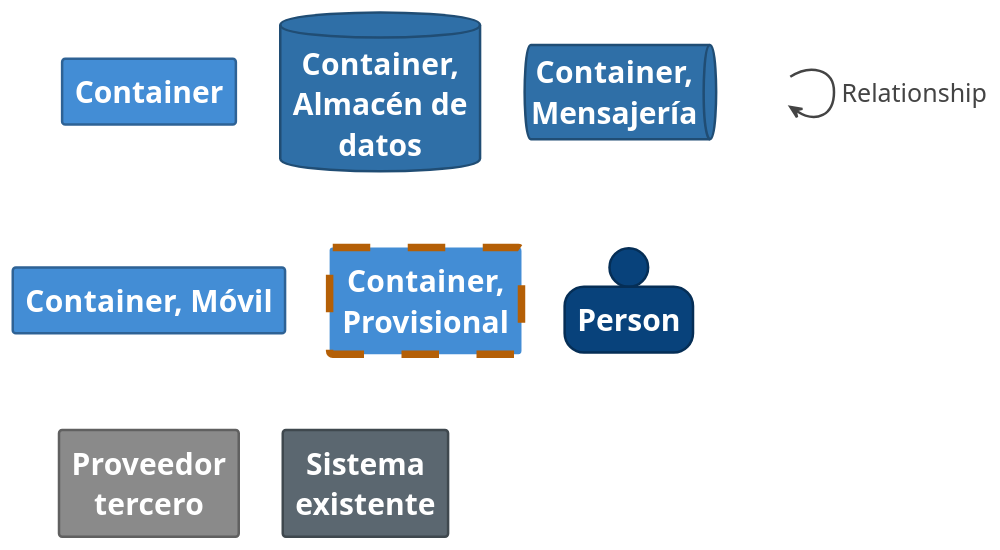
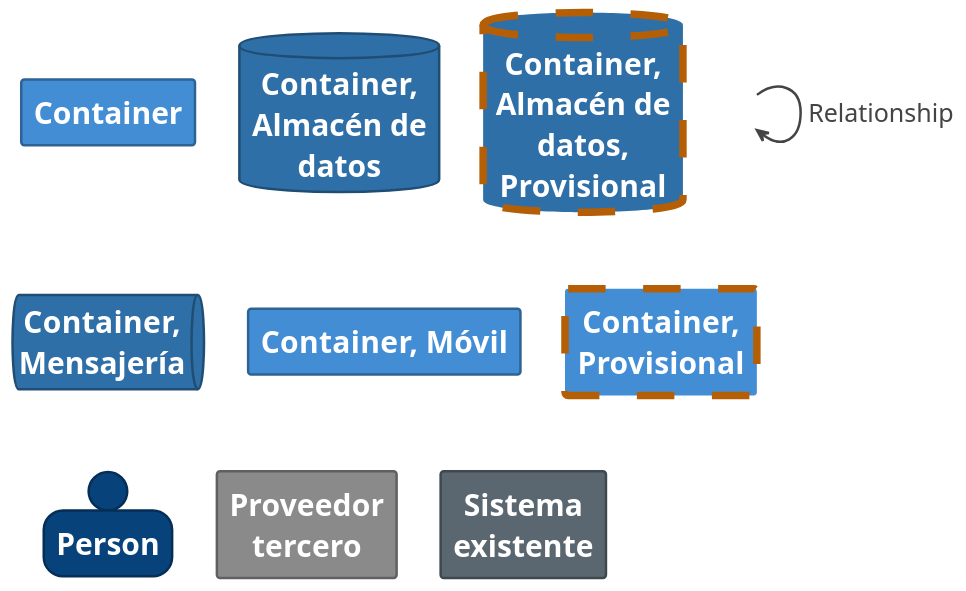
One commit to Juankia/EvaluacionJuanAmay changed the diagram in diagrams/c4/structurizr-Contenedores-Vinculacion-key.puml. Above: the diagram before and after it, drawn with PlantUML. The commit also changed 40 other files, not shown here.

```diff
--- a/diagrams/c4/structurizr-Contenedores-Vinculacion-key.puml
+++ b/diagrams/c4/structurizr-Contenedores-Vinculacion-key.puml
@@ -1,154 +1,168 @@
 @startuml
 
 set separator none
 hide stereotype
 
 <style>
   root {
     BackgroundColor: #ffffff;
     FontColor: #444444;
   }
   // Element,Container
   .Element-RWxlbWVudCxDb250YWluZXI= {
     BackgroundColor: #438dd5;
     LineColor: #2e6295;
     LineStyle: 0;
     LineThickness: 2;
     FontColor: #ffffff;
     FontSize: 22;
     HorizontalAlignment: center;
     Shadowing: 0;
     MaximumWidth: 200;
   }
   // Element,Container,Almacén de datos
   .Element-RWxlbWVudCxDb250YWluZXIsQWxtYWPDqW4gZGUgZGF0b3M= {
     BackgroundColor: #2f6fa7;
     LineColor: #204d74;
     LineStyle: 0;
     LineThickness: 2;
+    FontColor: #ffffff;
+    FontSize: 22;
+    HorizontalAlignment: center;
+    Shadowing: 0;
+    MaximumWidth: 200;
+  }
+  // Element,Container,Almacén de datos,Provisional
+  .Element-RWxlbWVudCxDb250YWluZXIsQWxtYWPDqW4gZGUgZGF0b3MsUHJvdmlzaW9uYWw= {
+    BackgroundColor: #2f6fa7;
+    LineColor: #b45f06;
+    LineStyle: 30-30;
+    LineThickness: 6;
     FontColor: #ffffff;
     FontSize: 22;
     HorizontalAlignment: center;
     Shadowing: 0;
     MaximumWidth: 200;
   }
   // Element,Container,Mensajería
   .Element-RWxlbWVudCxDb250YWluZXIsTWVuc2FqZXLDrWE= {
     BackgroundColor: #2f6fa7;
     LineColor: #204d74;
     LineStyle: 0;
     LineThickness: 2;
     FontColor: #ffffff;
     FontSize: 22;
     HorizontalAlignment: center;
     Shadowing: 0;
     MaximumWidth: 200;
   }
   // Element,Container,Móvil
   .Element-RWxlbWVudCxDb250YWluZXIsTcOzdmls {
     BackgroundColor: #438dd5;
     LineColor: #2e6295;
     LineStyle: 0;
     LineThickness: 2;
     FontColor: #ffffff;
     FontSize: 22;
     HorizontalAlignment: center;
     Shadowing: 0;
     MaximumWidth: 200;
   }
   // Element,Container,Provisional
   .Element-RWxlbWVudCxDb250YWluZXIsUHJvdmlzaW9uYWw= {
     BackgroundColor: #438dd5;
     LineColor: #b45f06;
     LineStyle: 30-30;
     LineThickness: 6;
     FontColor: #ffffff;
     FontSize: 22;
     HorizontalAlignment: center;
     Shadowing: 0;
     MaximumWidth: 200;
   }
   // Element,Person
   .Element-RWxlbWVudCxQZXJzb24= {
     BackgroundColor: #08427b;
     LineColor: #052e56;
     LineStyle: 0;
     LineThickness: 2;
     FontColor: #ffffff;
     FontSize: 22;
     HorizontalAlignment: center;
     Shadowing: 0;
     MaximumWidth: 200;
   }
   // Element,Proveedor tercero
   .Element-RWxlbWVudCxQcm92ZWVkb3IgdGVyY2Vybw== {
     BackgroundColor: #8a8a8a;
     LineColor: #606060;
     LineStyle: 0;
     LineThickness: 2;
     FontColor: #ffffff;
     FontSize: 22;
     HorizontalAlignment: center;
     Shadowing: 0;
     MaximumWidth: 200;
   }
   // Element,Sistema existente
   .Element-RWxlbWVudCxTaXN0ZW1hIGV4aXN0ZW50ZQ== {
     BackgroundColor: #5b6770;
     LineColor: #3f484e;
     LineStyle: 0;
     LineThickness: 2;
     FontColor: #ffffff;
     FontSize: 22;
     HorizontalAlignment: center;
     Shadowing: 0;
     MaximumWidth: 200;
   }
   // Relationship
   .Relationship-UmVsYXRpb25zaGlw {
     LineThickness: 2;
     LineStyle: 0;
     LineColor: #444444;
     FontColor: #444444;
     FontSize: 20;
     MaximumWidth: 200;
   }
   // Plataforma de Banca Digital
   .Boundary-UGxhdGFmb3JtYSBkZSBCYW5jYSBEaWdpdGFs {
     BackgroundColor: #ffffff;
     LineColor: #0b4884;
     LineStyle: 0;
     LineThickness: 2;
     FontColor: #ffffff;
     FontSize: 22;
     HorizontalAlignment: center;
     Shadowing: 0;
   }
   // transparent element for relationships in legend
   .Element-Transparent {
     BackgroundColor: transparent;
     LineColor: transparent;
     FontColor: transparent;
   }
 </style>
 
 rectangle "==Container" <<Element-RWxlbWVudCxDb250YWluZXI=>>
 
 database "==Container, Almacén de datos" <<Element-RWxlbWVudCxDb250YWluZXIsQWxtYWPDqW4gZGUgZGF0b3M=>>
 
+database "==Container, Almacén de datos, Provisional" <<Element-RWxlbWVudCxDb250YWluZXIsQWxtYWPDqW4gZGUgZGF0b3MsUHJvdmlzaW9uYWw=>>
+
 queue "==Container, Mensajería" <<Element-RWxlbWVudCxDb250YWluZXIsTWVuc2FqZXLDrWE=>>
 
 rectangle "==Container, Móvil" <<Element-RWxlbWVudCxDb250YWluZXIsTcOzdmls>>
 
 rectangle "==Container, Provisional" <<Element-RWxlbWVudCxDb250YWluZXIsUHJvdmlzaW9uYWw=>>
 
 person "==Person" <<Element-RWxlbWVudCxQZXJzb24=>>
 
 rectangle "==Proveedor tercero" <<Element-RWxlbWVudCxQcm92ZWVkb3IgdGVyY2Vybw==>>
 
 rectangle "==Sistema existente" <<Element-RWxlbWVudCxTaXN0ZW1hIGV4aXN0ZW50ZQ==>>
 
 rectangle "." <<.Element-Transparent>> as 1
 1 --> 1 <<Relationship-UmVsYXRpb25zaGlw>> : "Relationship"
 
 @enduml
```
